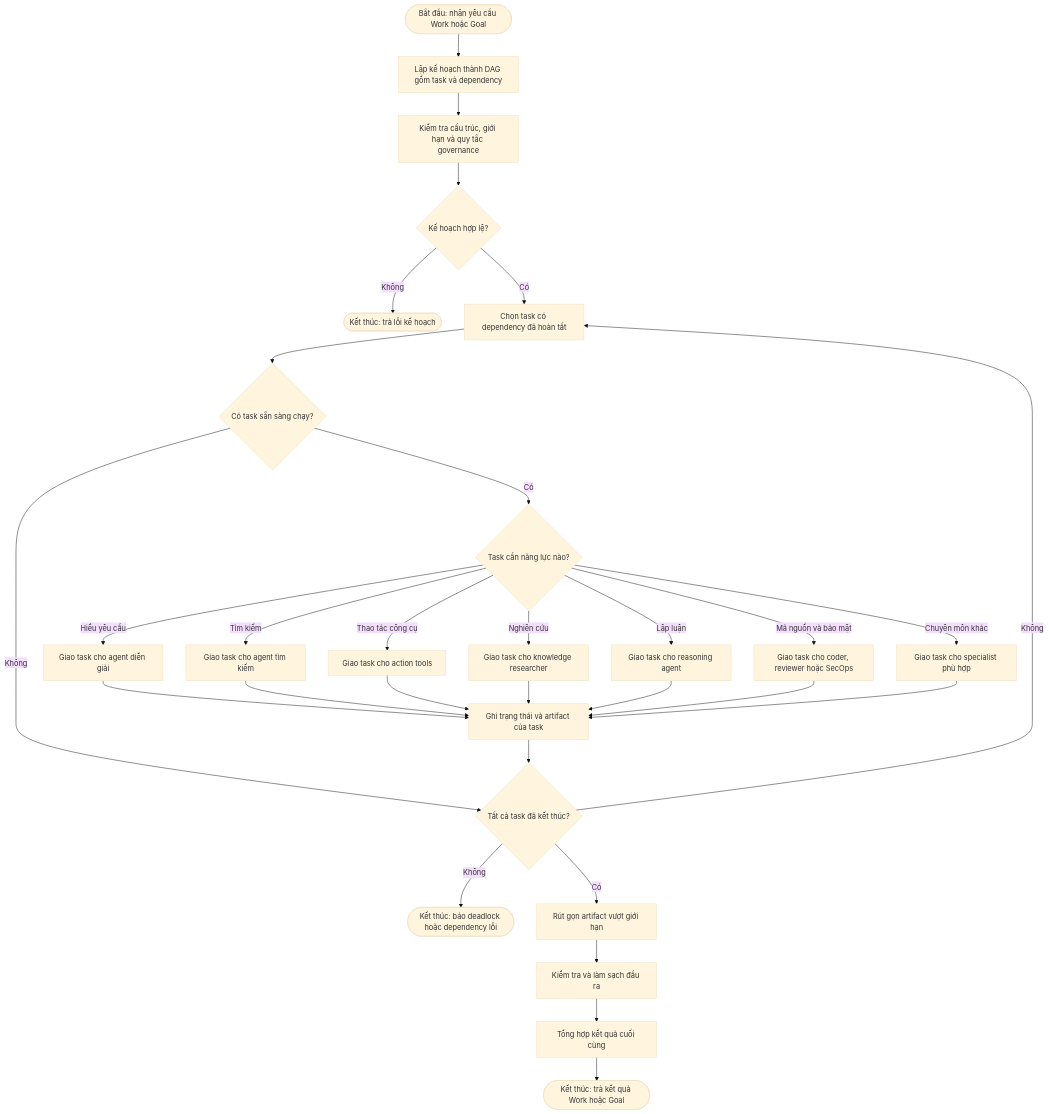
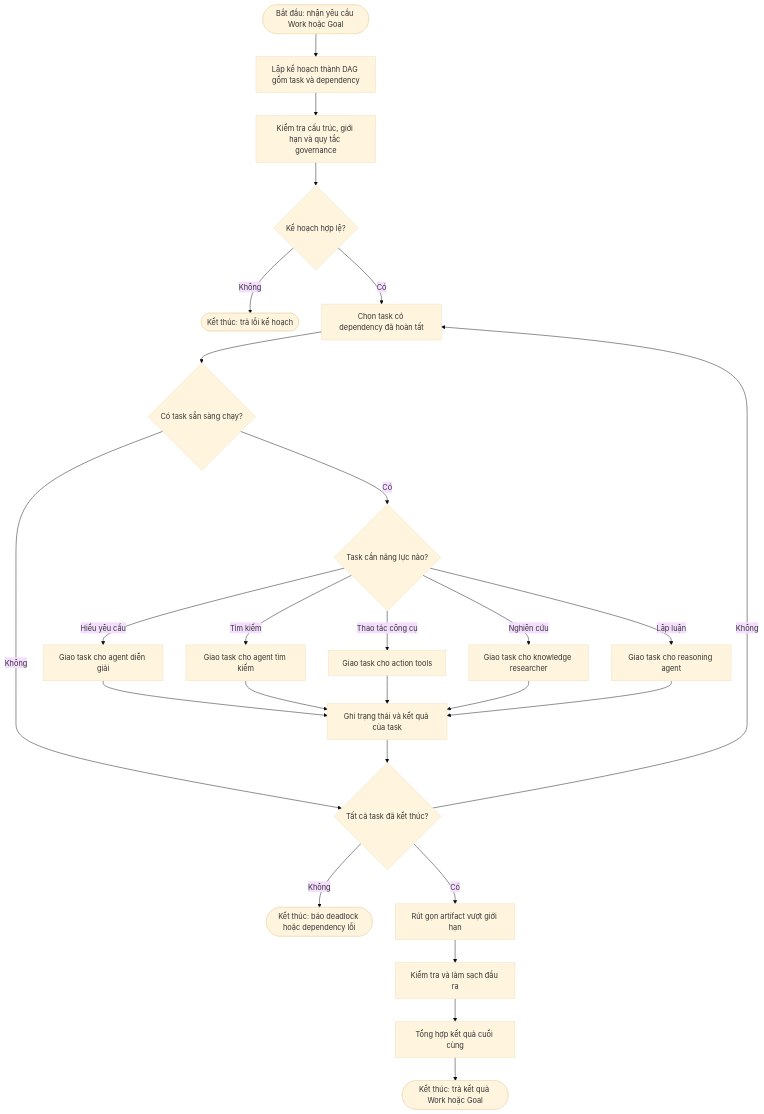
One commit to MinTruqday/dl changed the sixth of 10 diagrams in agentic_ai_workflow_and_architecture_guide_3.md. Above: the diagram before and after it, drawn with Mermaid (base theme). The commit also changed other lines of this file and 363 other files, not shown here.

````diff
--- a/agentic_ai_workflow_and_architecture_guide_3.md
+++ b/agentic_ai_workflow_and_architecture_guide_3.md
@@ -171,32 +167,28 @@
 ```mermaid
 flowchart TD
     Start([Bắt đầu: nhận yêu cầu Work hoặc Goal]) --> BuildDAG[Lập kế hoạch thành DAG gồm task và dependency]
     BuildDAG --> ValidatePlan[Kiểm tra cấu trúc, giới hạn và quy tắc governance]
     ValidatePlan --> ValidPlan{Kế hoạch hợp lệ?}
     ValidPlan -->|Không| PlanError([Kết thúc: trả lỗi kế hoạch])
     ValidPlan -->|Có| PickReadyTask[Chọn task có dependency đã hoàn tất]
     PickReadyTask --> HasReadyTask{Có task sẵn sàng chạy?}
     HasReadyTask -->|Không| AllFinished{Tất cả task đã kết thúc?}
     AllFinished -->|Không| Deadlock([Kết thúc: báo deadlock hoặc dependency lỗi])
     HasReadyTask -->|Có| ChooseCapability{Task cần năng lực nào?}
     ChooseCapability -->|Hiểu yêu cầu| RunInterpreter[Giao task cho agent diễn giải]
     ChooseCapability -->|Tìm kiếm| RunSearch[Giao task cho agent tìm kiếm]
     ChooseCapability -->|Thao tác công cụ| RunTool[Giao task cho action tools]
     ChooseCapability -->|Nghiên cứu| RunResearch[Giao task cho knowledge researcher]
     ChooseCapability -->|Lập luận| RunReasoning[Giao task cho reasoning agent]
-    ChooseCapability -->|Mã nguồn và bảo mật| RunSwarm[Giao task cho coder, reviewer hoặc SecOps]
-    ChooseCapability -->|Chuyên môn khác| RunSpecialist[Giao task cho specialist phù hợp]
     RunInterpreter --> RecordTask
     RunSearch --> RecordTask
     RunTool --> RecordTask
     RunResearch --> RecordTask
-    RunReasoning --> RecordTask
-    RunSwarm --> RecordTask
-    RunSpecialist --> RecordTask[Ghi trạng thái và artifact của task]
+    RunReasoning --> RecordTask[Ghi trạng thái và kết quả của task]
     RecordTask --> AllFinished
     AllFinished -->|Không| PickReadyTask
     AllFinished -->|Có| TrimResult[Rút gọn artifact vượt giới hạn]
     TrimResult --> SanitizeResult[Kiểm tra và làm sạch đầu ra]
     SanitizeResult --> AggregateResult[Tổng hợp kết quả cuối cùng]
     AggregateResult --> End([Kết thúc: trả kết quả Work hoặc Goal])
 ```
````
